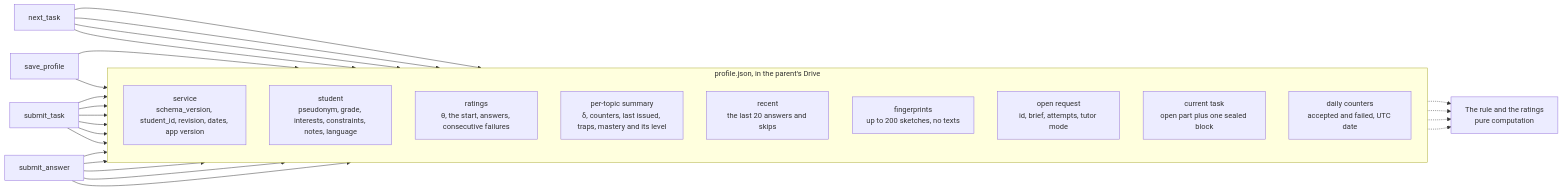
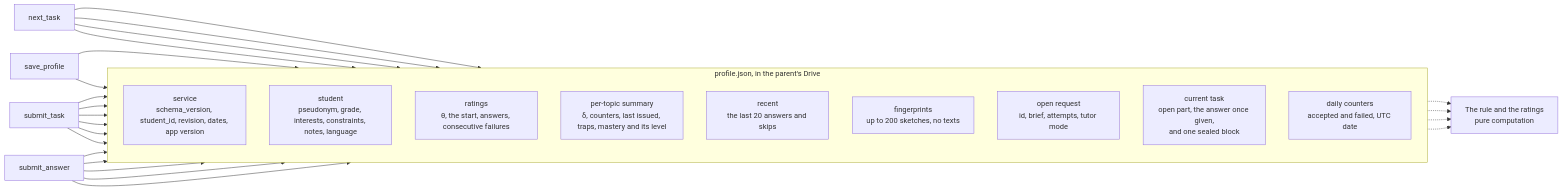
The diagram in docs/architecture/04-profile.md (MathTrail/mathtrail-standalone), drawn with Mermaid before and after one commit. The commit also changed other lines of this file and 41 other files, not shown here.

````diff
--- a/docs/architecture/04-profile.md
+++ b/docs/architecture/04-profile.md
@@ -13,41 +13,41 @@
 ```mermaid
 flowchart LR
     nt["next_task"]
     st["submit_task"]
     sa["submit_answer"]
     sp["save_profile"]
     rule["The rule and the ratings<br/>pure computation"]
 
     subgraph file["profile.json, in the parent's Drive"]
         direction TB
         svc["service<br/>schema_version, student_id, revision, dates, app version"]
         kid["student<br/>pseudonym, grade, interests, constraints, notes, language"]
         rat["ratings<br/>θ, the start, answers, consecutive failures"]
         top["per-topic summary<br/>δ, counters, last issued, traps, mastery and its level"]
         rec["recent<br/>the last 20 answers and skips"]
         fpr["fingerprints<br/>up to 200 sketches, no texts"]
         req["open request<br/>id, brief, attempts, tutor mode"]
-        cur["current task<br/>open part plus one sealed block"]
+        cur["current task<br/>open part, the answer once given,<br/>and one sealed block"]
         day["daily counters<br/>accepted and failed, UTC date"]
     end
 
     sp --> kid
     nt --> req
     nt --> rec
     nt --> top
     st --> cur
     st --> fpr
     st --> day
     st --> req
     st --> top
     sa --> rat
     sa --> top
     sa --> rec
     sa --> cur
     sp & nt & st & sa --> svc
 
     kid -.-> rule
     rat -.-> rule
     top -.-> rule
     rec -.-> rule
 ```
````
